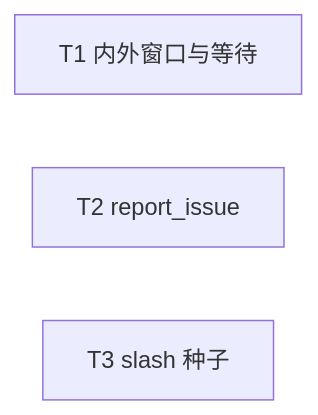
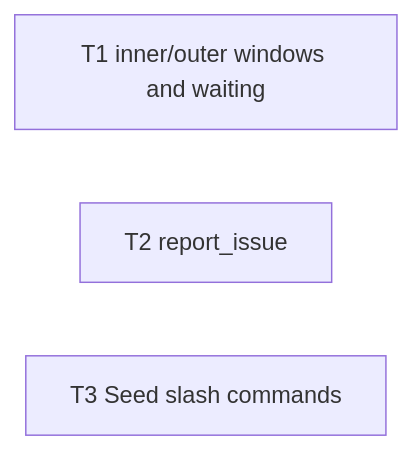
One commit to Curry09/AHE-Beta changed the diagram in docs/specs/0022-user-harness-io-boundary.md. Above: the diagram before and after it, drawn with Mermaid. The commit also changed other lines of this file and 531 other files, not shown here.

````diff
--- a/docs/specs/0022-user-harness-io-boundary.md
+++ b/docs/specs/0022-user-harness-io-boundary.md
@@ -114,6 +114,6 @@
 ```mermaid
 graph LR
-  T1[T1 内外窗口与等待]
+  T1[T1 inner/outer windows and waiting]
   T2[T2 report_issue]
-  T3[T3 slash 种子]
+  T3[T3 Seed slash commands]
 ```
````
